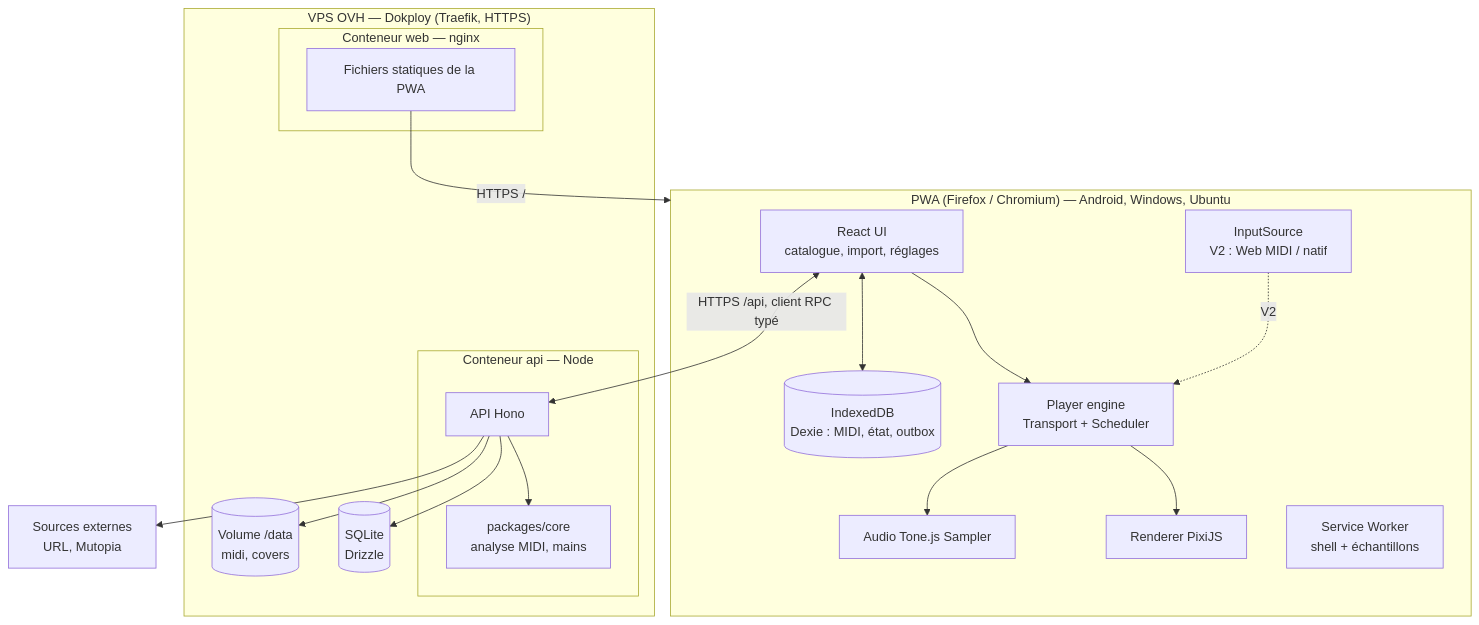
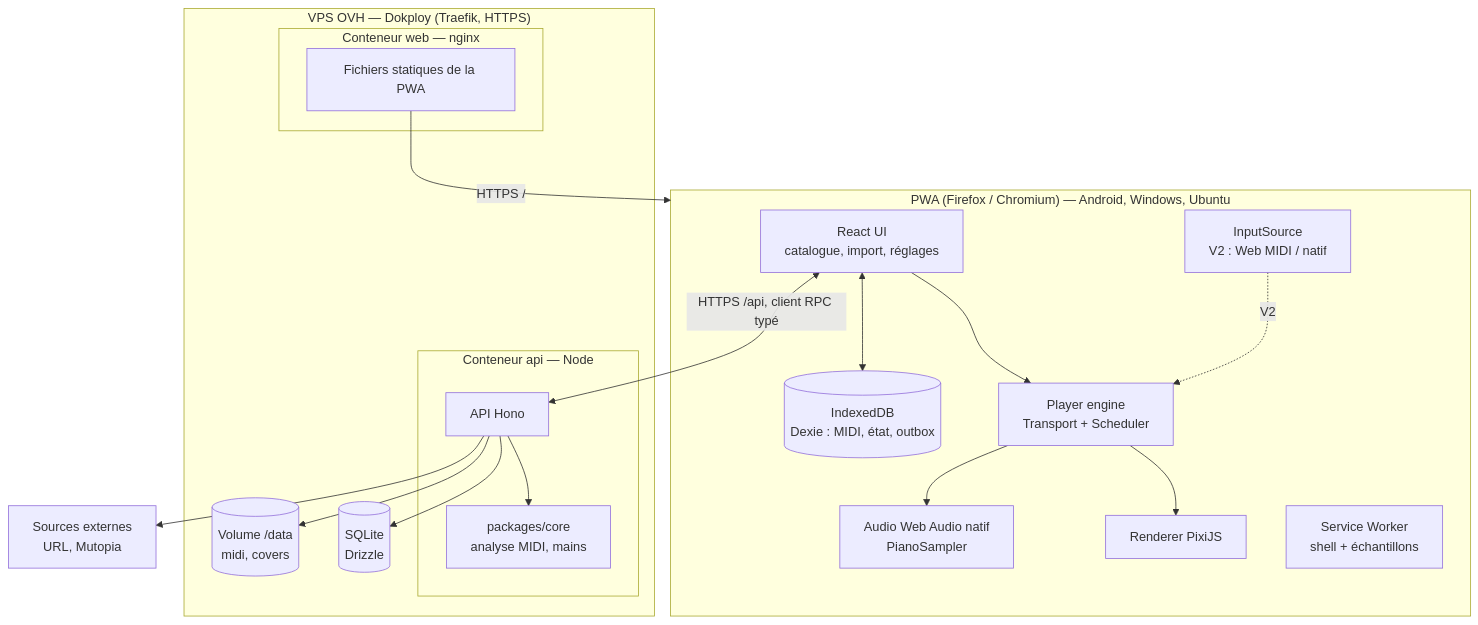
The second of 2 diagrams in docs/03-architecture/01-contexte.md (Pierre-gaillard-dev/open-keys), drawn with Mermaid before and after one commit. The commit also changed 6 other files, not shown here.

````diff
--- a/docs/03-architecture/01-contexte.md
+++ b/docs/03-architecture/01-contexte.md
@@ -36,37 +36,37 @@
 ```mermaid
 flowchart TB
   subgraph Client["PWA (Firefox / Chromium) — Android, Windows, Ubuntu"]
     UI[React UI<br/>catalogue, import, réglages]
     PL[Player engine<br/>Transport + Scheduler]
     RD[Renderer PixiJS]
-    AU[Audio Tone.js Sampler]
+    AU[Audio Web Audio natif<br/>PianoSampler]
     IN[InputSource<br/>V2 : Web MIDI / natif]
     IDB[(IndexedDB<br/>Dexie : MIDI, état, outbox)]
     SW[Service Worker<br/>shell + échantillons]
   end
 
   subgraph Host["VPS OVH — Dokploy (Traefik, HTTPS)"]
     subgraph WEB["Conteneur web — nginx"]
       STATIC[Fichiers statiques de la PWA]
     end
     subgraph APIC["Conteneur api — Node"]
       API[API Hono]
       CORE[packages/core<br/>analyse MIDI, mains]
     end
     DB[(SQLite<br/>Drizzle)]
     FS[(Volume /data<br/>midi, covers)]
   end
 
   EXT[Sources externes<br/>URL, Mutopia]
 
   UI --> PL --> RD
   PL --> AU
   IN -.V2.-> PL
   UI <--> IDB
   UI <-->|HTTPS /api, client RPC typé| API
   API --> CORE
   API --> DB
   API --> FS
   API --> EXT
   STATIC -->|HTTPS /| Client
 ```
````
